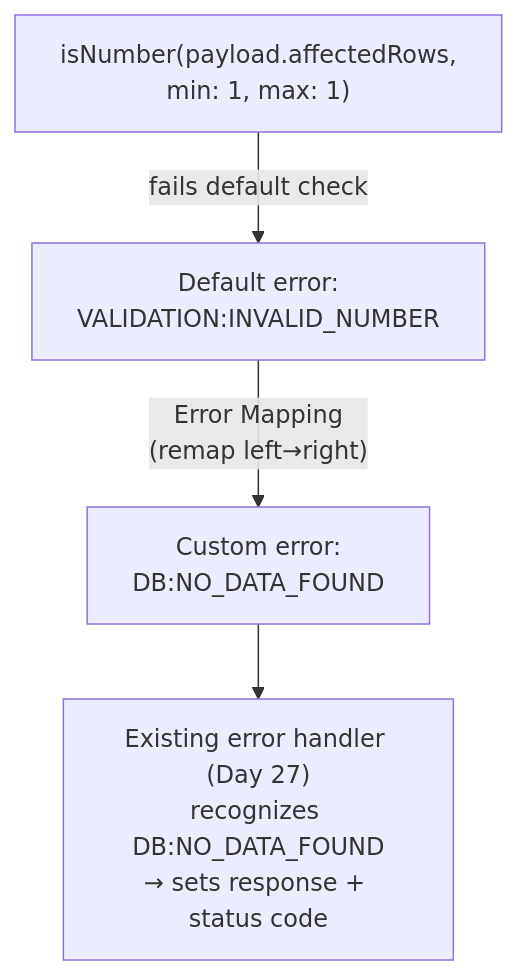
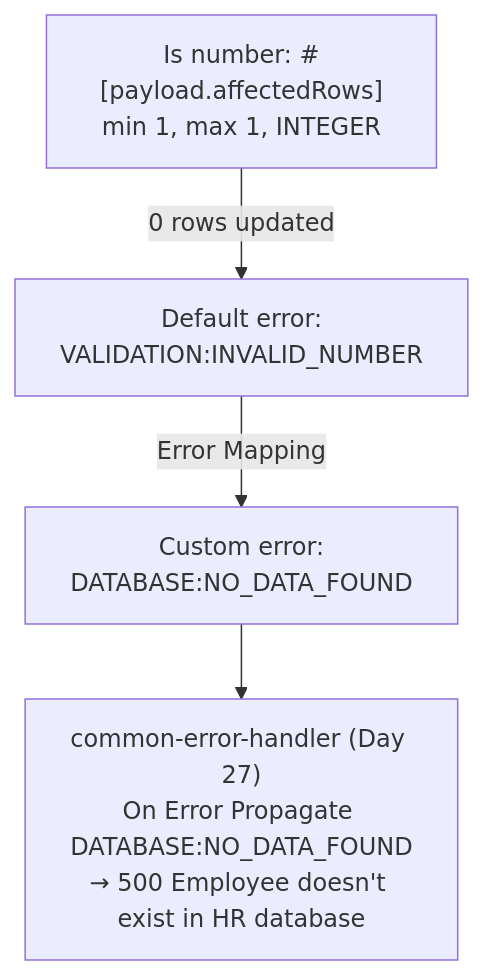
Before and after one commit to developerashok99/green-c-mule-notes: the fifth of 8 diagrams in detailed-notes/day30.md, drawn with Mermaid. The commit also changed other lines of this file and 29 other files, not shown here.

````diff
--- a/detailed-notes/day30.md
+++ b/detailed-notes/day30.md
@@ -69,6 +75,6 @@
 ```mermaid
 flowchart TB
-    IsNumber["isNumber(payload.affectedRows,\nmin: 1, max: 1)"] -->|"fails default check"| DefaultErr["Default error:\nVALIDATION:INVALID_NUMBER"]
-    DefaultErr -->|"Error Mapping\n(remap left→right)"| Custom["Custom error:\nDB:NO_DATA_FOUND"]
-    Custom --> Handler["Existing error handler (Day 27)\nrecognizes DB:NO_DATA_FOUND\n→ sets response + status code"]
+    IsNumber["Is number: #[payload.affectedRows]<br/>min 1, max 1, INTEGER"] -->|"0 rows updated"| DefaultErr["Default error:<br/>VALIDATION:INVALID_NUMBER"]
+    DefaultErr -->|"Error Mapping"| Custom["Custom error:<br/>DATABASE:NO_DATA_FOUND"]
+    Custom --> Handler["common-error-handler (Day 27)<br/>On Error Propagate DATABASE:NO_DATA_FOUND<br/>→ 500 Employee doesn't exist in HR database"]
 ```
````
